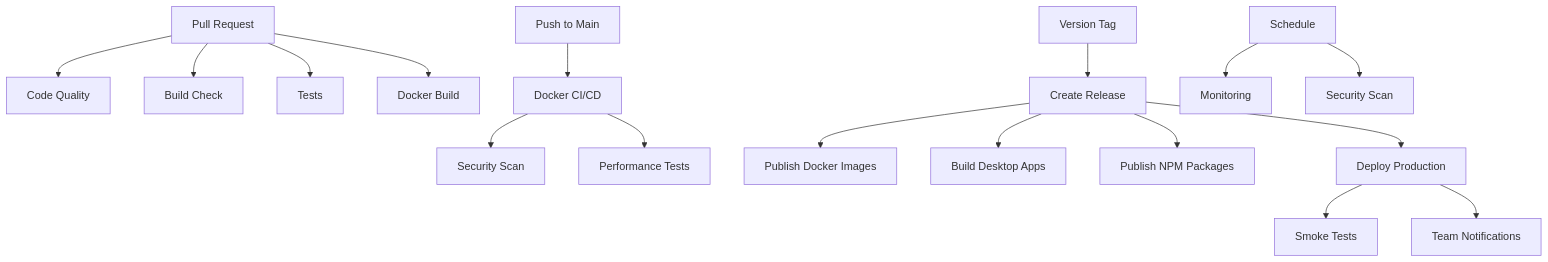
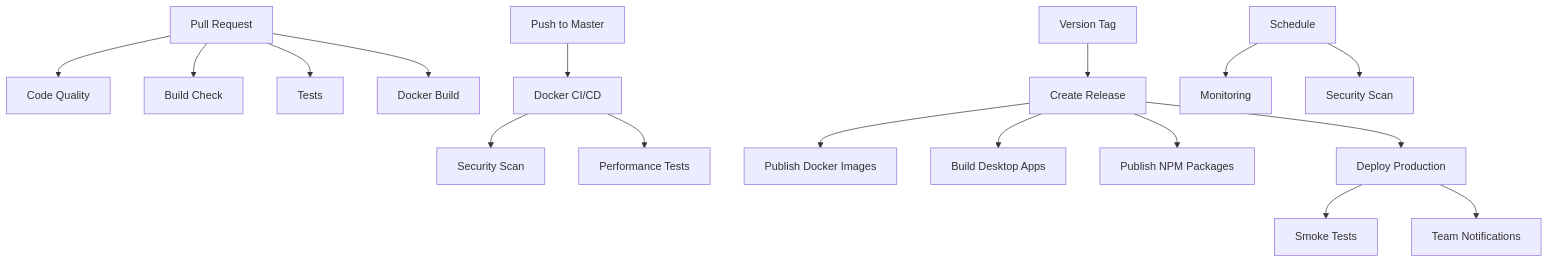
Before and after one commit to Lordpluha/spotify-clone: the diagram in .github/WORKFLOWS.md, drawn with Mermaid. The commit also changed other lines of this file and 20 other files, not shown here.

````diff
--- a/.github/WORKFLOWS.md
+++ b/.github/WORKFLOWS.md
@@ -308,23 +297,23 @@
 ```mermaid
 graph TB
     PR[Pull Request] --> Quality[Code Quality]
     PR --> Build[Build Check]
     PR --> Tests[Tests]
     PR --> Docker[Docker Build]
 
-    Main[Push to Main] --> DockerCI[Docker CI/CD]
+    Master[Push to Master] --> DockerCI[Docker CI/CD]
     DockerCI --> Security[Security Scan]
     DockerCI --> Performance[Performance Tests]
 
     Tag[Version Tag] --> Release[Create Release]
     Release --> PublishImages[Publish Docker Images]
     Release --> BuildDesktop[Build Desktop Apps]
     Release --> PublishNPM[Publish NPM Packages]
     Release --> Deploy[Deploy Production]
 
     Schedule[Schedule] --> Monitor[Monitoring]
     Schedule --> SecurityScan[Security Scan]
 
     Deploy --> SmokeTests[Smoke Tests]
     Deploy --> Notify[Team Notifications]
 ```
````
